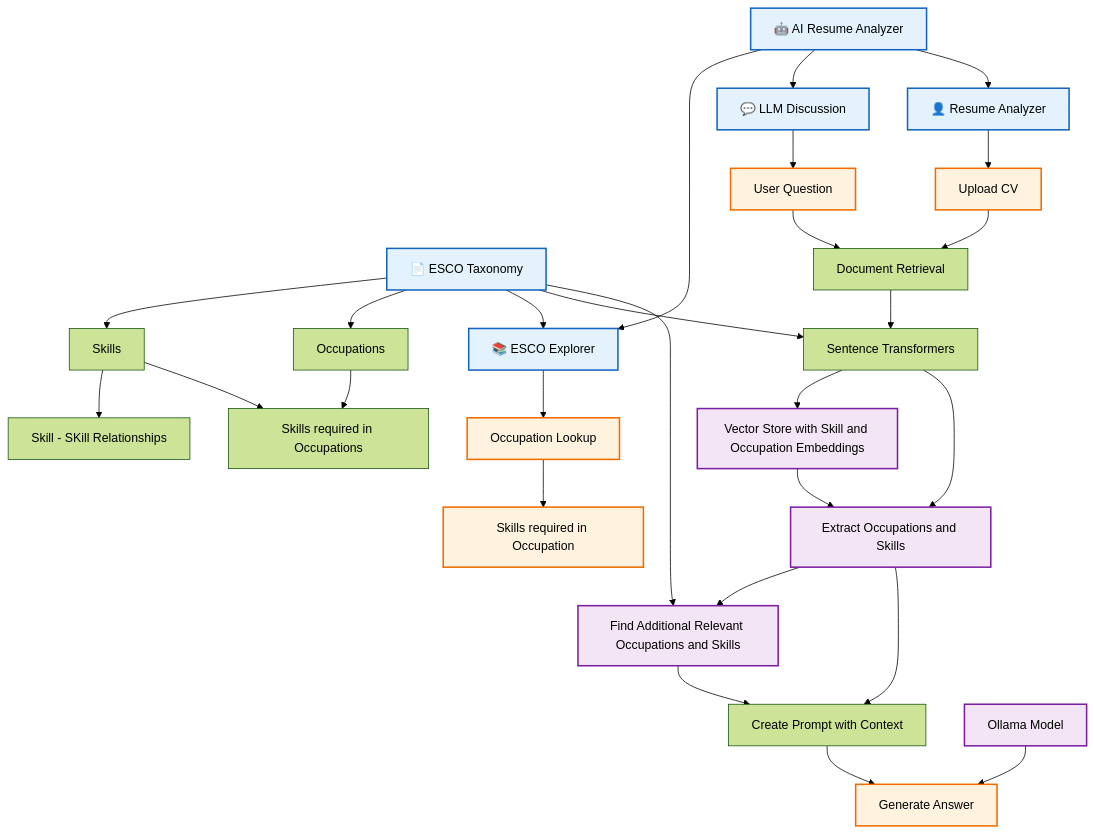
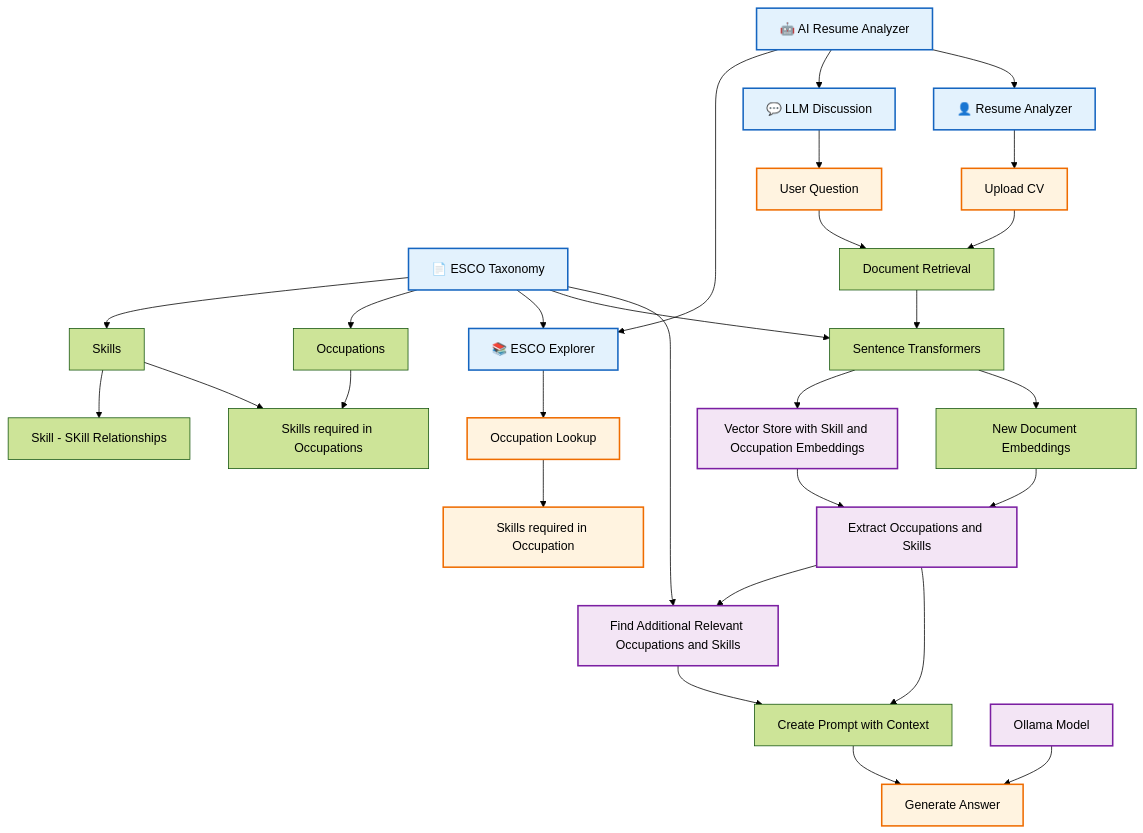
One commit to koncharman/resume_analyzer changed the diagram in README.md. Above: the diagram before and after it, drawn with Mermaid (forest theme).

````diff
--- a/README.md
+++ b/README.md
@@ -10,51 +10,52 @@
 ```mermaid
 flowchart TD
     ES["📄 ESCO Taxonomy"]
     ES --> ESS["Skills"]
     ES --> ESO["Occupations"]
     ESS --> ESSS["Skill - SKill Relationships"]
     ESS --> ESSO["Skills required in Occupations"]
     ESO --> ESSO
 
     A["🤖 AI Resume Analyzer"]
     
     A --> B["📚 ESCO Explorer"]
     A --> C["💬 LLM Discussion"]
     A --> D["👤 Resume Analyzer"]
 
     ES --> B
     B --> E["Occupation Lookup"]
     E --> F["Skills required in Occupation"]
 
     ES --> ST["Sentence Transformers"]
     ST --> VEC["Vector Store with Skill and Occupation Embeddings"]
 
     C --> H["User Question"]
 
     D --> I["Upload CV"]
 
     H --> J["Document Retrieval"]
     I --> J
 
     J --> ST
-    
-    ST --> RAG["Extract Occupations and Skills"]
+
+    ST --> ND["New Document Embeddings"]
+    ND --> RAG["Extract Occupations and Skills"]
     VEC --> RAG
 
     RAG --> DS["Find Additional Relevant Occupations and Skills"]
     ES --> DS
 
     DS --> CX["Create Prompt with Context"]
     RAG --> CX
 
     OLL["Ollama Model"] --> AN["Generate Answer"]
     CX --> AN
     
     classDef app fill:#e3f2fd,stroke:#1565c0,stroke-width:2px;
     classDef llmrag fill:#f3e5f5,stroke:#7b1fa2,stroke-width:2px;
     classDef io fill:#fff3e0,stroke:#ef6c00,stroke-width:2px;
 
     class ES,A,B,C,D app;
     class VEC,RAG,DS,OLL llmrag;
     class E,F,H,I,AN io;
 ```
````
